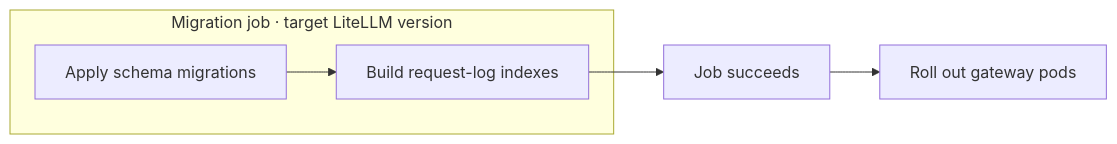
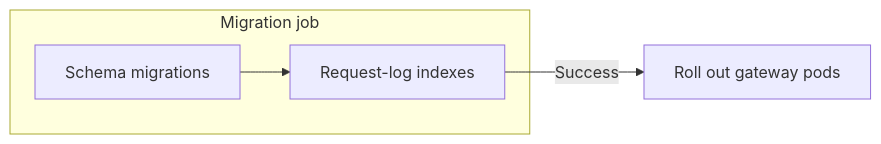
The diagram in docs/proxy/upgrade_guide.md (BerriAI/litellm-docs), drawn with Mermaid before and after one commit. The commit also changed other lines of this file, not shown here.

Commit message:
docs: simplify upgrade diagram and include Terraform initialization

````diff
--- a/docs/proxy/upgrade_guide.md
+++ b/docs/proxy/upgrade_guide.md
@@ -10,8 +10,7 @@
 ```mermaid
 flowchart LR
-    subgraph Job["Migration job · target LiteLLM version"]
-        Schema["Apply schema migrations"] --> Indexes["Build request-log indexes"]
+    subgraph Job["Migration job"]
+        Schema["Schema migrations"] --> Indexes["Request-log indexes"]
     end
-    Indexes --> Complete["Job succeeds"]
-    Complete --> Gateway["Roll out gateway pods"]
+    Indexes -->|Success| Gateway["Roll out gateway pods"]
 ```
````
